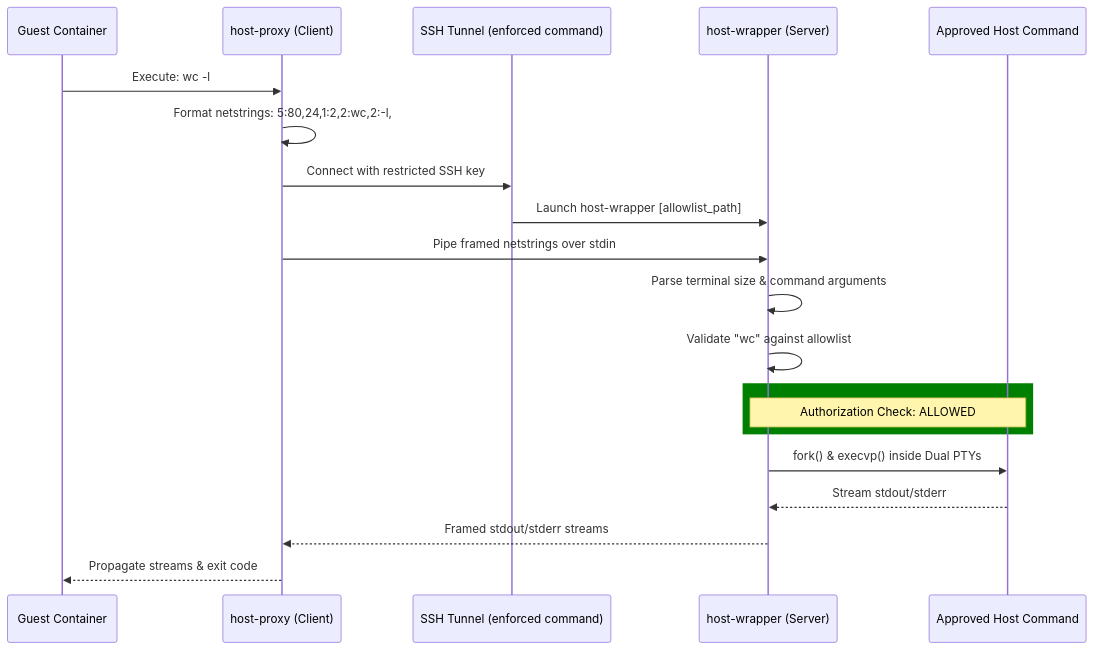
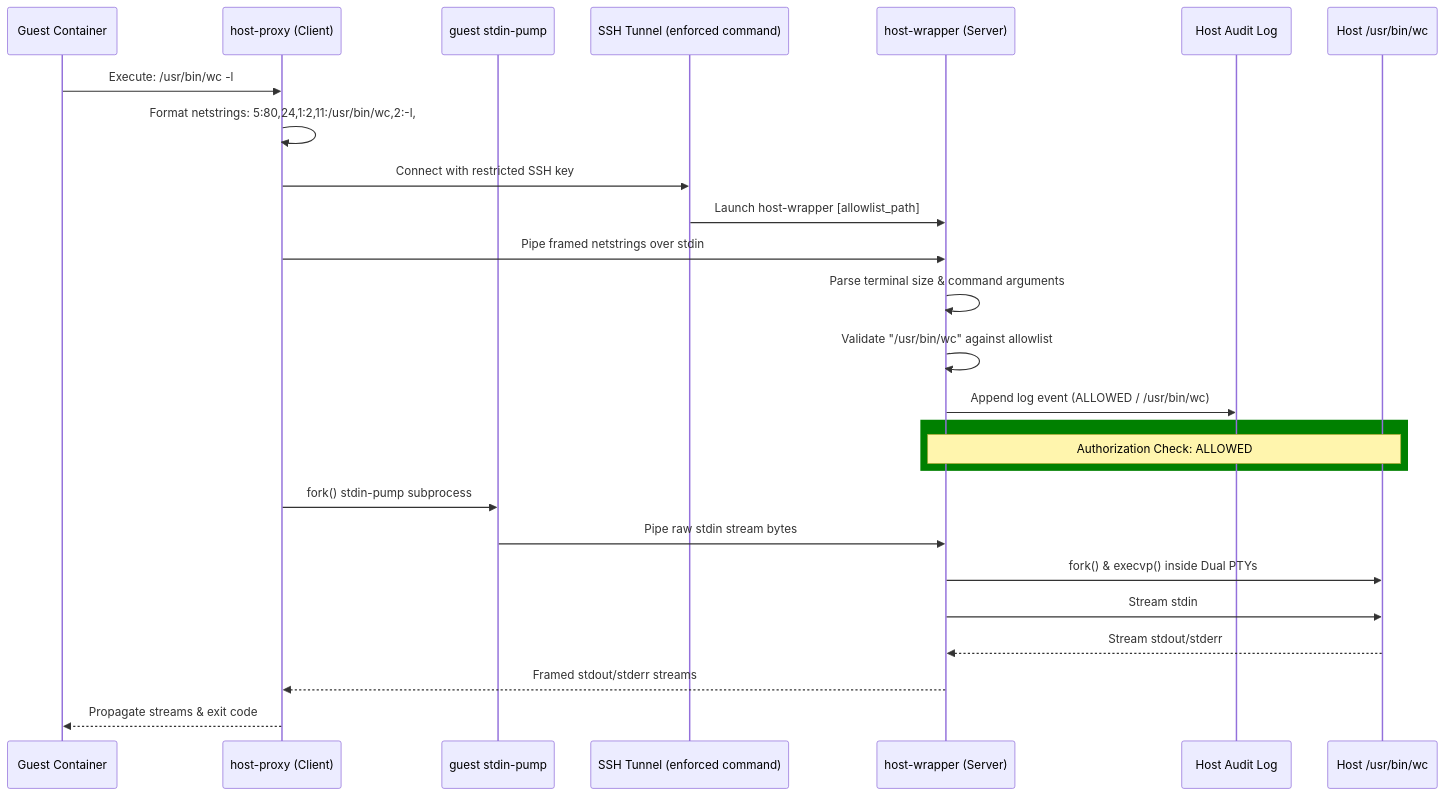
Before and after one commit to samirose/host-wrapper: the diagram in README.md, drawn with Mermaid. The commit also changed other lines of this file, not shown here.

Commit message:
Clarify technical architecture

````diff
--- a/README.md
+++ b/README.md
@@ -71,23 +71,29 @@
 ```mermaid
 sequenceDiagram
     participant Guest as Guest Container
     participant Proxy as host-proxy (Client)
+    participant Pump as guest stdin-pump
     participant SSH as SSH Tunnel (enforced command)
     participant Wrapper as host-wrapper (Server)
-    participant HostCmd as Approved Host Command
+    participant Log as Host Audit Log
+    participant HostCmd as Host /usr/bin/wc
 
-    Guest->>Proxy: Execute: wc -l
-    Proxy->>Proxy: Format netstrings: 5:80,24,1:2,2:wc,2:-l,
+    Guest->>Proxy: Execute: /usr/bin/wc -l
+    Proxy->>Proxy: Format netstrings: 5:80,24,1:2,11:/usr/bin/wc,2:-l,
     Proxy->>SSH: Connect with restricted SSH key
     SSH->>Wrapper: Launch host-wrapper [allowlist_path]
     Proxy->>Wrapper: Pipe framed netstrings over stdin
     Wrapper->>Wrapper: Parse terminal size & command arguments
-    Wrapper->>Wrapper: Validate "wc" against allowlist
+    Wrapper->>Wrapper: Validate "/usr/bin/wc" against allowlist
+    Wrapper->>Log: Append log event (ALLOWED / /usr/bin/wc)
     rect green
         Note over Wrapper,HostCmd: Authorization Check: ALLOWED
     end
+    Proxy->>Pump: fork() stdin-pump subprocess
+    Pump->>Wrapper: Pipe raw stdin stream bytes
     Wrapper->>HostCmd: fork() & execvp() inside Dual PTYs
+    Wrapper->>HostCmd: Stream stdin
     HostCmd-->>Wrapper: Stream stdout/stderr
     Wrapper-->>Proxy: Framed stdout/stderr streams
     Proxy-->>Guest: Propagate streams & exit code
 ```
````
